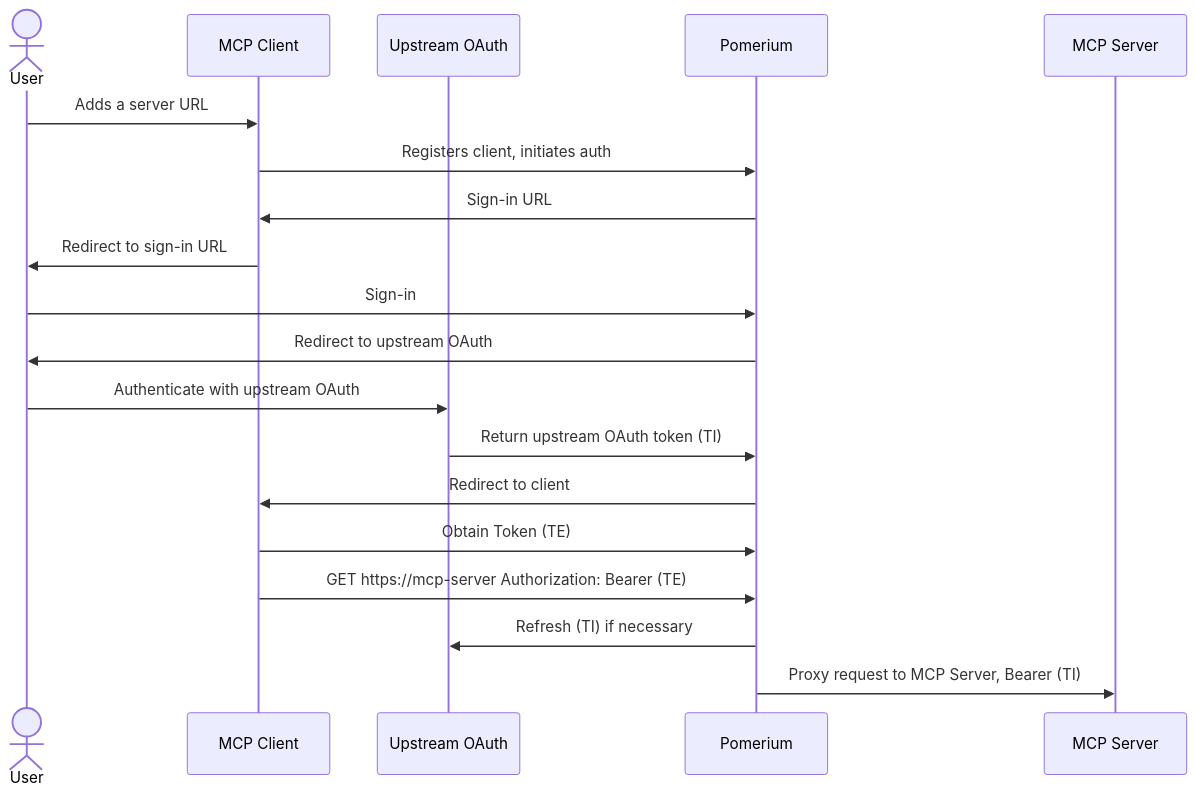
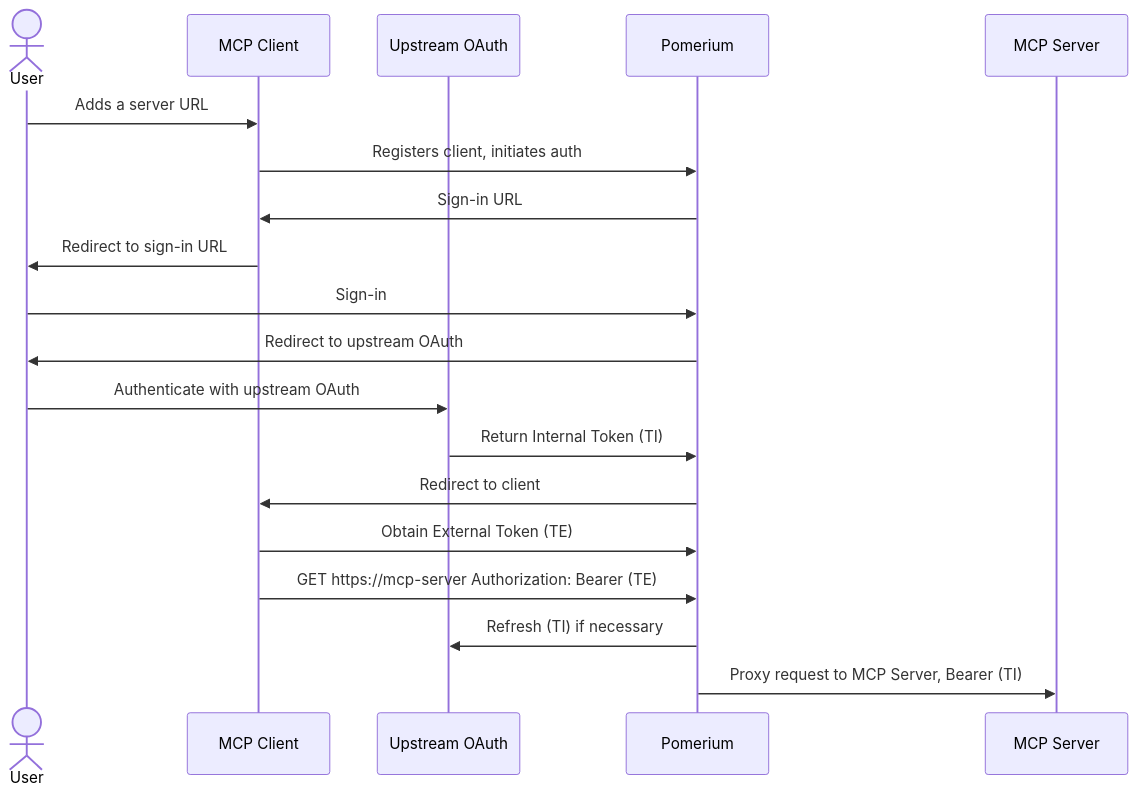
One commit to pomerium/mcp-app-demo changed the second of 3 diagrams in README.md. Above: the diagram before and after it, drawn with Mermaid. The commit also changed other lines of this file, not shown here.

````diff
--- a/README.md
+++ b/README.md
@@ -123,21 +132,21 @@
 ```mermaid
 sequenceDiagram
   actor U as User
   participant C as MCP Client
   participant O as Upstream OAuth
   participant P as Pomerium
   participant S as MCP Server
   U ->> C: Adds a server URL
   C ->> P: Registers client, initiates auth
   P ->> C: Sign-in URL
   C ->> U: Redirect to sign-in URL
   U ->> P: Sign-in
   P ->> U: Redirect to upstream OAuth
   U ->> O: Authenticate with upstream OAuth
-  O ->> P: Return upstream OAuth token (TI)
+  O ->> P: Return Internal Token (TI)
   P ->> C: Redirect to client
-  C ->> P: Obtain Token (TE)
+  C ->> P: Obtain External Token (TE)
   C ->> P: GET https://mcp-server Authorization: Bearer (TE)
   P ->> O: Refresh (TI) if necessary
   P ->> S: Proxy request to MCP Server, Bearer (TI)
 ```
````
